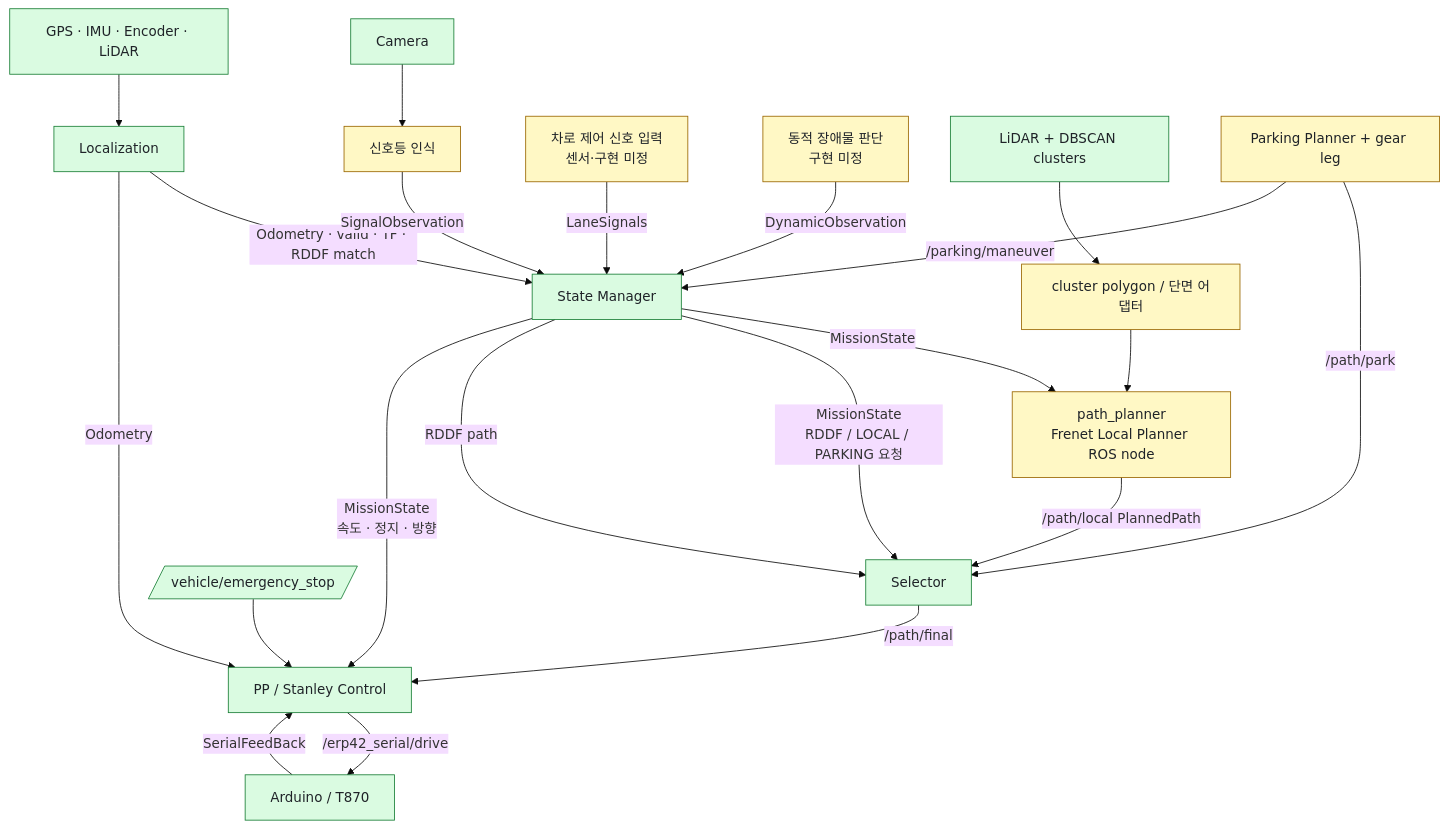
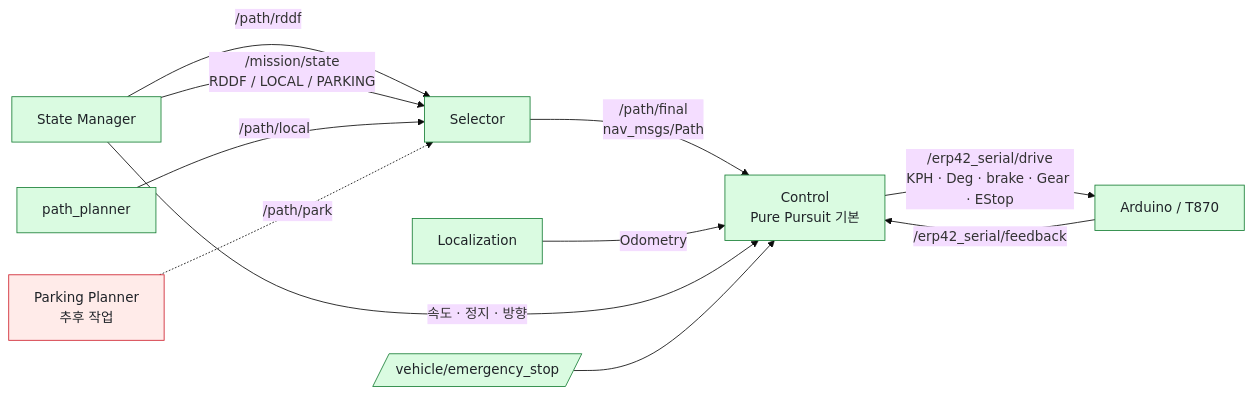
The second of 2 diagrams in docs/architecture.md (Team-Stier/HL-FMA-1-5-2026), drawn with Mermaid (base theme) before and after one commit. The commit also changed other lines of this file and 44 other files, not shown here.

Commit message:
feat: connect traffic perception and local planning

````diff
--- a/docs/architecture.md
+++ b/docs/architecture.md
@@ -235,26 +68,17 @@
 ```mermaid
-flowchart TB
+flowchart LR
     classDef ready fill:#dafbe1,stroke:#1a7f37,color:#1f2328
-    classDef todo fill:#fff8c5,stroke:#9a6700,color:#1f2328
+    classDef later fill:#ffebe9,stroke:#cf222e,color:#1f2328
 
-    SENSORS[GPS · IMU · Encoder · LiDAR]:::ready --> LOC[Localization]:::ready
-    CAMERA[Camera]:::ready --> TRAFFIC[신호등 인식]:::todo
-    LOC -->|Odometry · valid · TF · RDDF match| MISSION[State Manager]:::ready
-    TRAFFIC -->|SignalObservation| MISSION
-    LANEOBS[차로 제어 신호 입력<br/>센서·구현 미정]:::todo -->|LaneSignals| MISSION
-    DYNAMIC[동적 장애물 판단<br/>구현 미정]:::todo -->|DynamicObservation| MISSION
-    LIDAR[LiDAR + DBSCAN clusters]:::ready --> ADAPTER[cluster polygon / 단면 어댑터]:::todo
-    ADAPTER --> PLANNER[path_planner<br/>Frenet Local Planner ROS node]:::todo
-    MISSION -->|MissionState| PLANNER
-    MISSION -->|MissionState<br/>RDDF / LOCAL / PARKING 요청| SELECTOR[Selector]:::ready
-    MISSION -->|RDDF path| SELECTOR
-    PLANNER -->|/path/local PlannedPath| SELECTOR
-    PARKING[Parking Planner + gear leg]:::todo -->|/path/park| SELECTOR
-    PARKING -->|/parking/maneuver| MISSION
-    SELECTOR -->|/path/final| CONTROL[PP / Stanley Control]:::ready
-    LOC -->|Odometry| CONTROL
-    MISSION -->|MissionState<br/>속도 · 정지 · 방향| CONTROL
-    ESTOP[/vehicle/emergency_stop/]:::ready --> CONTROL
-    CONTROL -->|/erp42_serial/drive| VEHICLE[Arduino / T870]:::ready
-    VEHICLE -->|SerialFeedBack| CONTROL
+    SM[State Manager]:::ready -->|/path/rddf| SEL[Selector]:::ready
+    SM -->|/mission/state<br/>RDDF / LOCAL / PARKING| SEL
+    LOCAL[path_planner]:::ready -->|/path/local| SEL
+    PARK[Parking Planner<br/>추후 작업]:::later -.->|/path/park| SEL
+
+    SEL -->|/path/final<br/>nav_msgs/Path| PP[Control<br/>Pure Pursuit 기본]:::ready
+    LOC[Localization]:::ready -->|Odometry| PP
+    SM -->|속도 · 정지 · 방향| PP
+    ESTOP[/vehicle/emergency_stop/]:::ready --> PP
+    MCU[Arduino / T870]:::ready -->|/erp42_serial/feedback| PP
+    PP -->|/erp42_serial/drive<br/>KPH · Deg · brake · Gear · EStop| MCU
 ```
````
